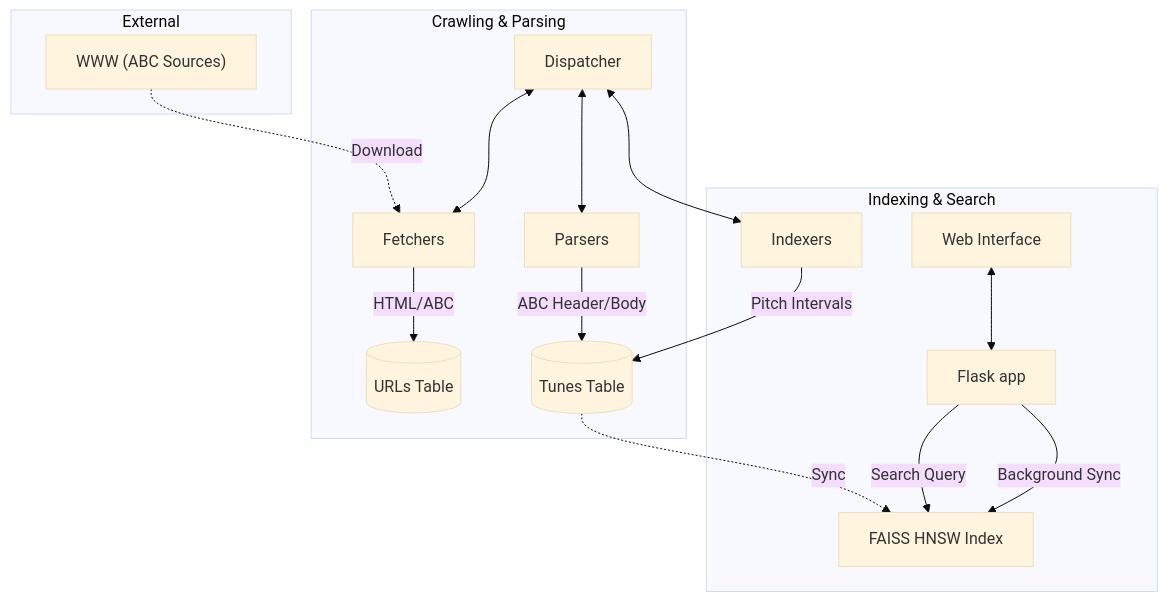
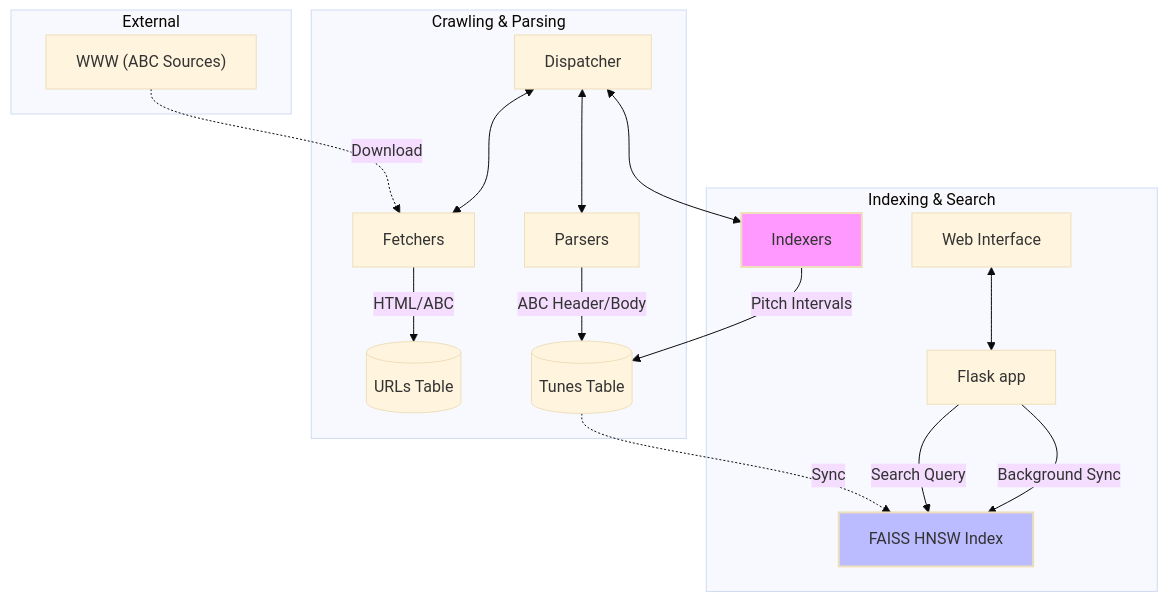
The first of 2 diagrams in README.md (mark-vandenbroeck/ABC), drawn with Mermaid (base theme) before and after one commit. The commit also changed other lines of this file and 1 other file, not shown here.

Commit message:
Update README and API documentation to reflect latest indexing status flow and system improvements.

````diff
--- a/README.md
+++ b/README.md
@@ -52,24 +52,27 @@
 ```mermaid
 graph TD
     subgraph "External"
         Web["WWW (ABC Sources)"]
     end
 
     subgraph "Crawling & Parsing"
         D[Dispatcher] <--> F[Fetchers]
         F --> |HTML/ABC| U[(URLs Table)]
         D <--> P[Parsers]
         P --> |ABC Header/Body| T[(Tunes Table)]
     end
 
     subgraph "Indexing & Search"
         D <--> I[Indexers]
         I --> |Pitch Intervals| T
         A[Flask app] --> |Background Sync| FAISS[FAISS HNSW Index]
         A --> |Search Query| FAISS
         U_UI[Web Interface] <--> A
     end
 
     Web -.-> |Download| F
     T -.-> |Sync| FAISS
+    
+    style I fill:#f9f,stroke:#333Internal,stroke-width:2px
+    style FAISS fill:#bbf,stroke:#333VectorIndex,stroke-width:2px
 ```
````
